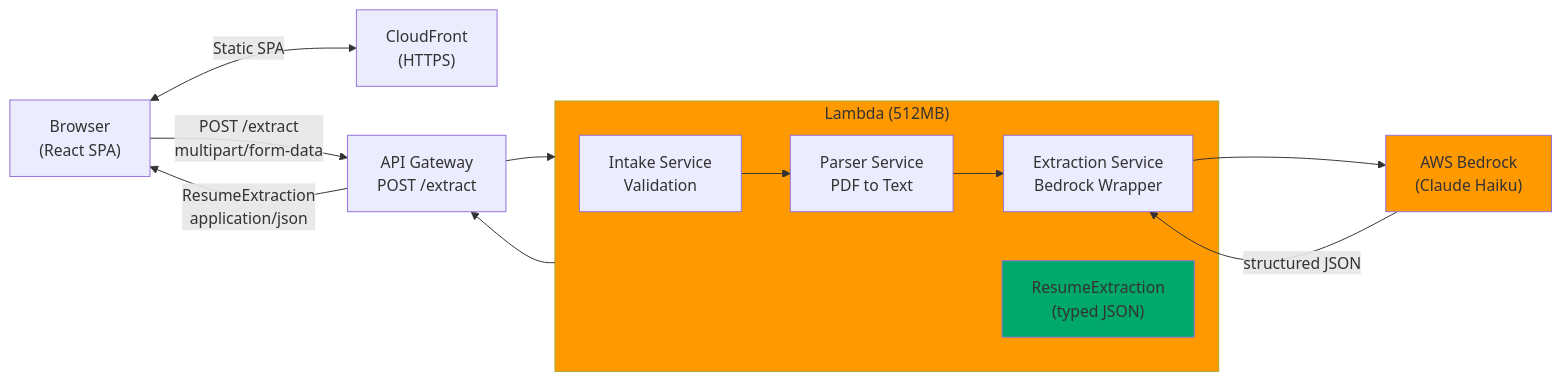
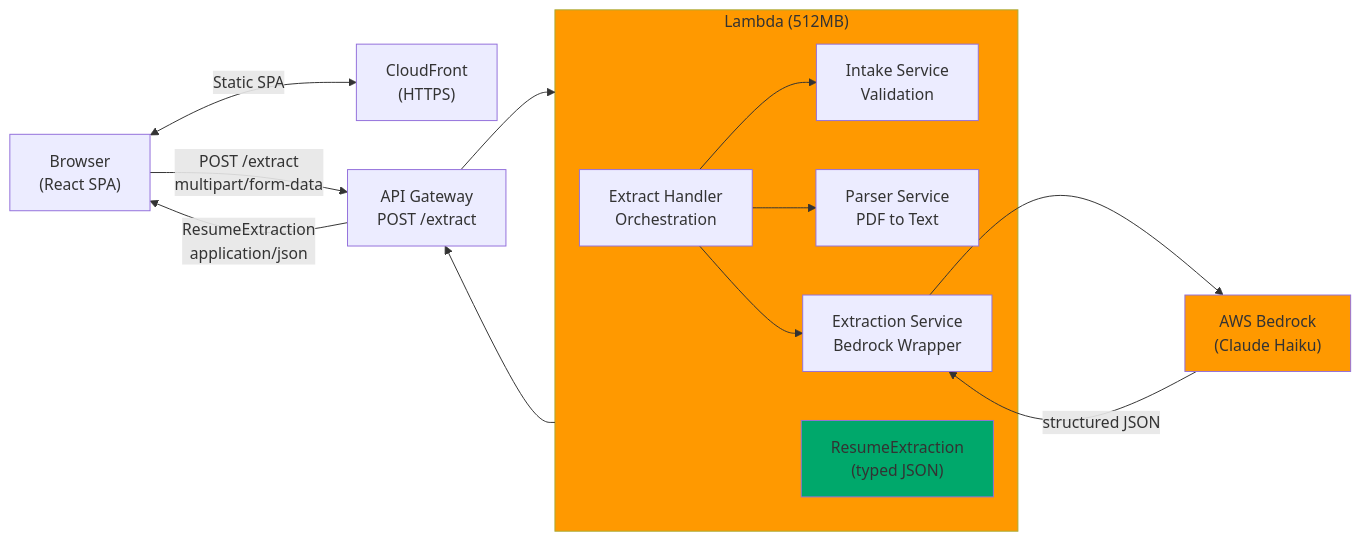
The diagram in README.md (mwarman/resume-lens), drawn with Mermaid before and after one commit.

Commit message:
docs: update architecture diagram in README.md to include Extract Handler and clarify service orchestration

````diff
--- a/README.md
+++ b/README.md
@@ -28,28 +28,30 @@
 ```mermaid
 graph LR
     Browser["Browser<br/>(React SPA)"]
     CF["CloudFront<br/>(HTTPS)"]
     APIGW["API Gateway<br/>POST /extract"]
     Bedrock["AWS Bedrock<br/>(Claude Haiku)"]
 
     subgraph Lambda["Lambda (512MB)"]
+        Handler["Extract Handler<br/>Orchestration"]
         Intake["Intake Service<br/>Validation"]
         Parser["Parser Service<br/>PDF to Text"]
         Extraction["Extraction Service<br/>Bedrock Wrapper"]
         Result["ResumeExtraction<br/>(typed JSON)"]
     end
 
     Browser <-->|Static SPA| CF
     Browser -->|POST /extract<br/>multipart/form-data| APIGW
     APIGW --> Lambda
-    Intake --> Parser
-    Parser --> Extraction
+    Handler --> Intake
+    Handler --> Parser
+    Handler --> Extraction
     Extraction --> Bedrock
     Bedrock -->|structured JSON| Extraction
     Lambda --> APIGW
     APIGW -->|ResumeExtraction<br/>application/json| Browser
 
     style Bedrock fill:#ff9900
     style Lambda fill:#ff9900
     style Result fill:#00a86b
 ```
````
